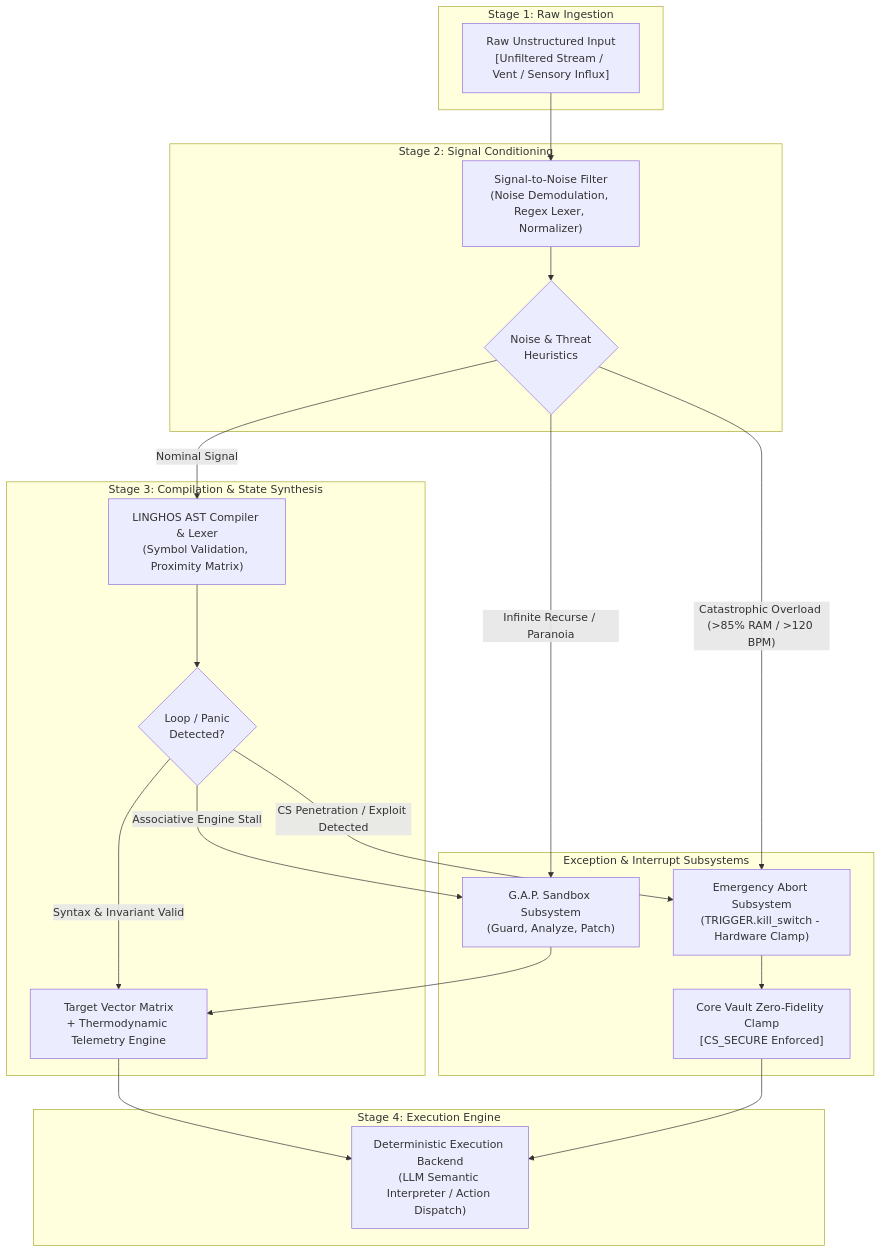
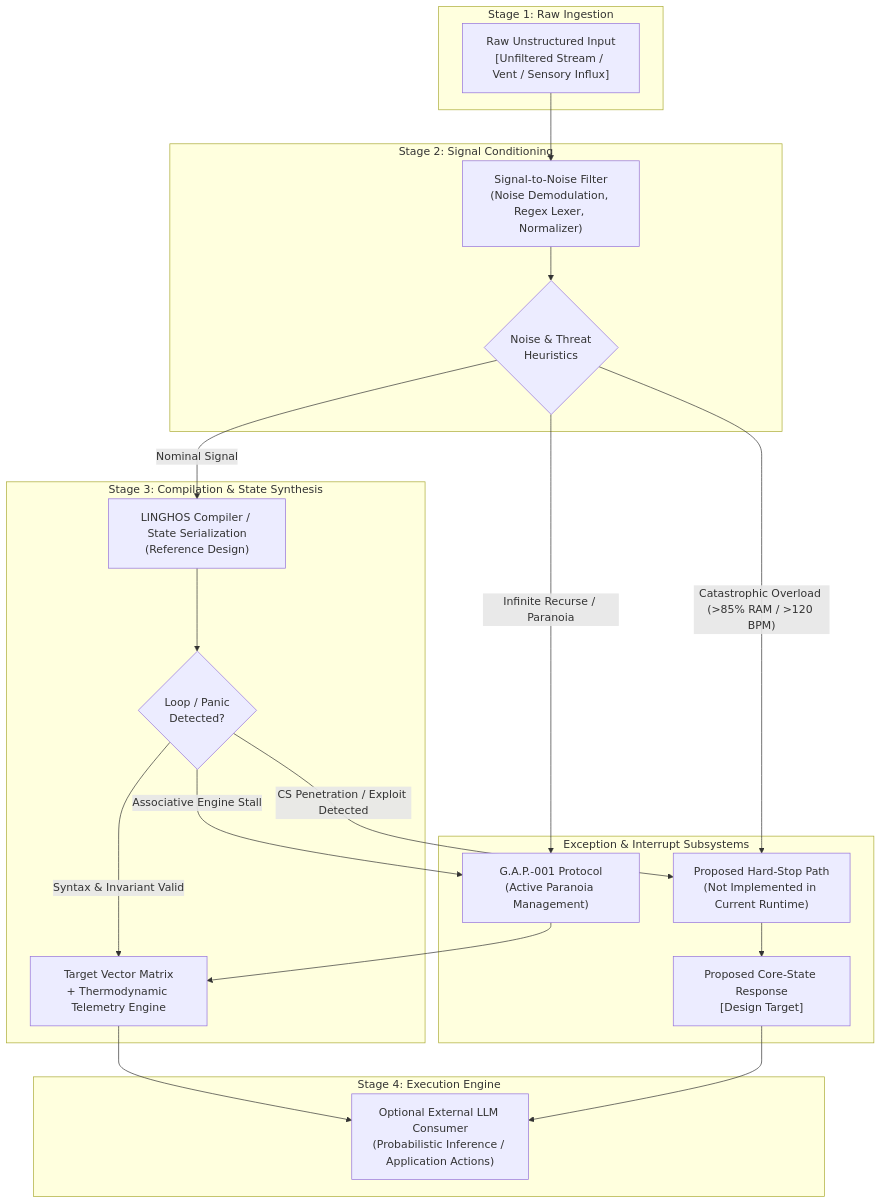
One commit to SystemAdmin01/HumOS changed the diagram in docs/SPEC.md. Above: the diagram before and after it, drawn with Mermaid. The commit also changed other lines of this file, not shown here.

Commit message:
spec: distinguish architectural goals from runtime guarantees

````diff
--- a/docs/SPEC.md
+++ b/docs/SPEC.md
@@ -40,43 +38,43 @@
 ```mermaid
 flowchart TD
     subgraph Stage1["Stage 1: Raw Ingestion"]
         RAW["Raw Unstructured Input<br/>[Unfiltered Stream / Vent / Sensory Influx]"]
     end
 
     subgraph Stage2["Stage 2: Signal Conditioning"]
         FILT["Signal-to-Noise Filter<br/>(Noise Demodulation, Regex Lexer, Normalizer)"]
         NOISE_EVAL{"Noise & Threat<br/>Heuristics"}
     end
 
     subgraph Stage3["Stage 3: Compilation & State Synthesis"]
-        COMP["LINGHOS AST Compiler & Lexer<br/>(Symbol Validation, Proximity Matrix)"]
+        COMP["LINGHOS Compiler / State Serialization<br/>(Reference Design)"]
         STATE_CHECK{"Loop / Panic<br/>Detected?"}
         AST_GEN["Target Vector Matrix<br/>+ Thermodynamic Telemetry Engine"]
     end
 
     subgraph Stage4["Stage 4: Execution Engine"]
-        LLM["Deterministic Execution Backend<br/>(LLM Semantic Interpreter / Action Dispatch)"]
+        LLM["Optional External LLM Consumer<br/>(Probabilistic Inference / Application Actions)"]
     end
 
     subgraph TrapRouting["Exception & Interrupt Subsystems"]
-        GAP["G.A.P. Sandbox Subsystem<br/>(Guard, Analyze, Patch)"]
-        KILL["Emergency Abort Subsystem<br/>(TRIGGER.kill_switch - Hardware Clamp)"]
-        CS_LOCK["Core Vault Zero-Fidelity Clamp<br/>[CS_SECURE Enforced]"]
+        GAP["G.A.P.-001 Protocol<br/>(Active Paranoia Management)"]
+        KILL["Proposed Hard-Stop Path<br/>(Not Implemented in Current Runtime)"]
+        CS_LOCK["Proposed Core-State Response<br/>[Design Target]"]
     end
 
     RAW --> FILT
     FILT --> NOISE_EVAL
     NOISE_EVAL -- "Nominal Signal" --> COMP
     NOISE_EVAL -- "Infinite Recurse / Paranoia" --> GAP
     NOISE_EVAL -- "Catastrophic Overload (>85% RAM / >120 BPM)" --> KILL
 
     COMP --> STATE_CHECK
     STATE_CHECK -- "Syntax & Invariant Valid" --> AST_GEN
     STATE_CHECK -- "Associative Engine Stall" --> GAP
     STATE_CHECK -- "CS Penetration / Exploit Detected" --> KILL
 
     AST_GEN --> LLM
     GAP --> AST_GEN
     KILL --> CS_LOCK
     CS_LOCK --> LLM
 ```
````
